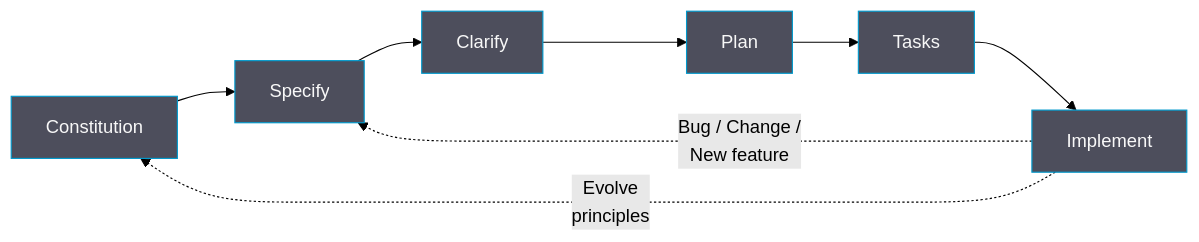
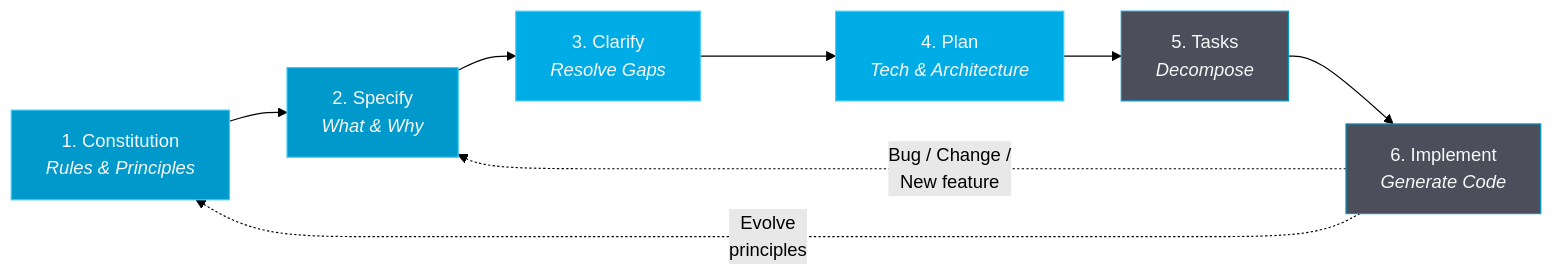
One commit to Evanion/spec-kit-presentation changed the fourth of 4 diagrams in slides.md. Above: the diagram before and after it, drawn with Mermaid (forest theme). The commit also changed other lines of this file and 11 other files, not shown here.

First line of the commit message:
Improve presentation engagement, structure, and architecture (#4)

````diff
--- a/slides.md
+++ b/slides.md
@@ -1148,17 +343,17 @@
 ```mermaid
 graph LR
-    A["Constitution"] --> B["Specify"]
-    B --> C["Clarify"]
-    C --> D["Plan"]
-    D --> E["Tasks"]
-    E --> F["Implement"]
+    A["1. Constitution<br/><i>Rules & Principles</i>"] --> B["2. Specify<br/><i>What & Why</i>"]
+    B --> C["3. Clarify<br/><i>Resolve Gaps</i>"]
+    C --> D["4. Plan<br/><i>Tech & Architecture</i>"]
+    D --> E["5. Tasks<br/><i>Decompose</i>"]
+    E --> F["6. Implement<br/><i>Generate Code</i>"]
     F -.->|"Bug / Change /<br/>New feature"| B
     F -.->|"Evolve<br/>principles"| A
 
-    style A fill:#4D4E5C,stroke:#0099CC,color:#F8F8F8
-    style B fill:#4D4E5C,stroke:#0099CC,color:#F8F8F8
-    style C fill:#4D4E5C,stroke:#0099CC,color:#F8F8F8
-    style D fill:#4D4E5C,stroke:#0099CC,color:#F8F8F8
+    style A fill:#0099CC,stroke:#3FCDFA,color:#F8F8F8
+    style B fill:#0099CC,stroke:#3FCDFA,color:#F8F8F8
+    style C fill:#00ACE6,stroke:#3FCDFA,color:#F8F8F8
+    style D fill:#00ACE6,stroke:#3FCDFA,color:#F8F8F8
     style E fill:#4D4E5C,stroke:#0099CC,color:#F8F8F8
     style F fill:#4D4E5C,stroke:#0099CC,color:#F8F8F8
 ```
````
